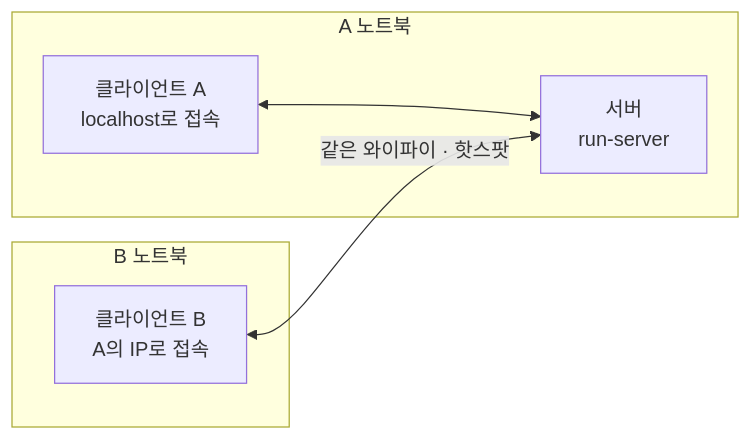
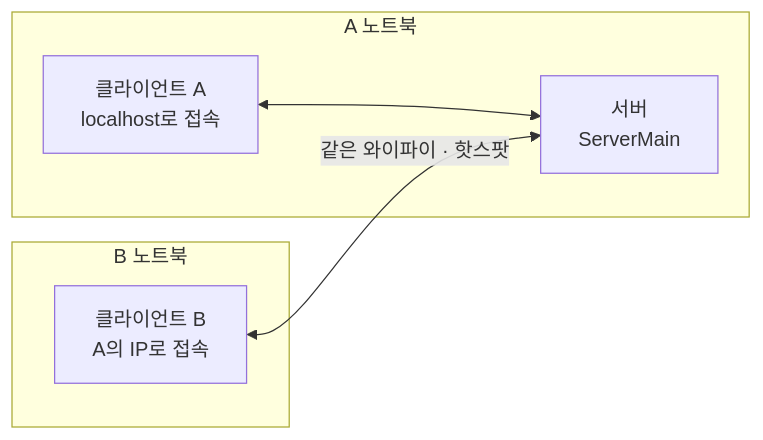
Before and after one commit to juheunee/bunsik-tycoon: the second of 4 diagrams in README.md, drawn with Mermaid. The commit also changed other lines of this file and 9 other files, not shown here.

````diff
--- a/README.md
+++ b/README.md
@@ -162,12 +164,12 @@
 ```mermaid
 flowchart LR
     subgraph A["A 노트북"]
-        S[서버<br/>run-server]
+        S[서버<br/>ServerMain]
         CA[클라이언트 A<br/>localhost로 접속]
     end
     subgraph B["B 노트북"]
         CB[클라이언트 B<br/>A의 IP로 접속]
     end
     CA <--> S
     CB <-- "같은 와이파이 · 핫스팟" --> S
 ```
````
